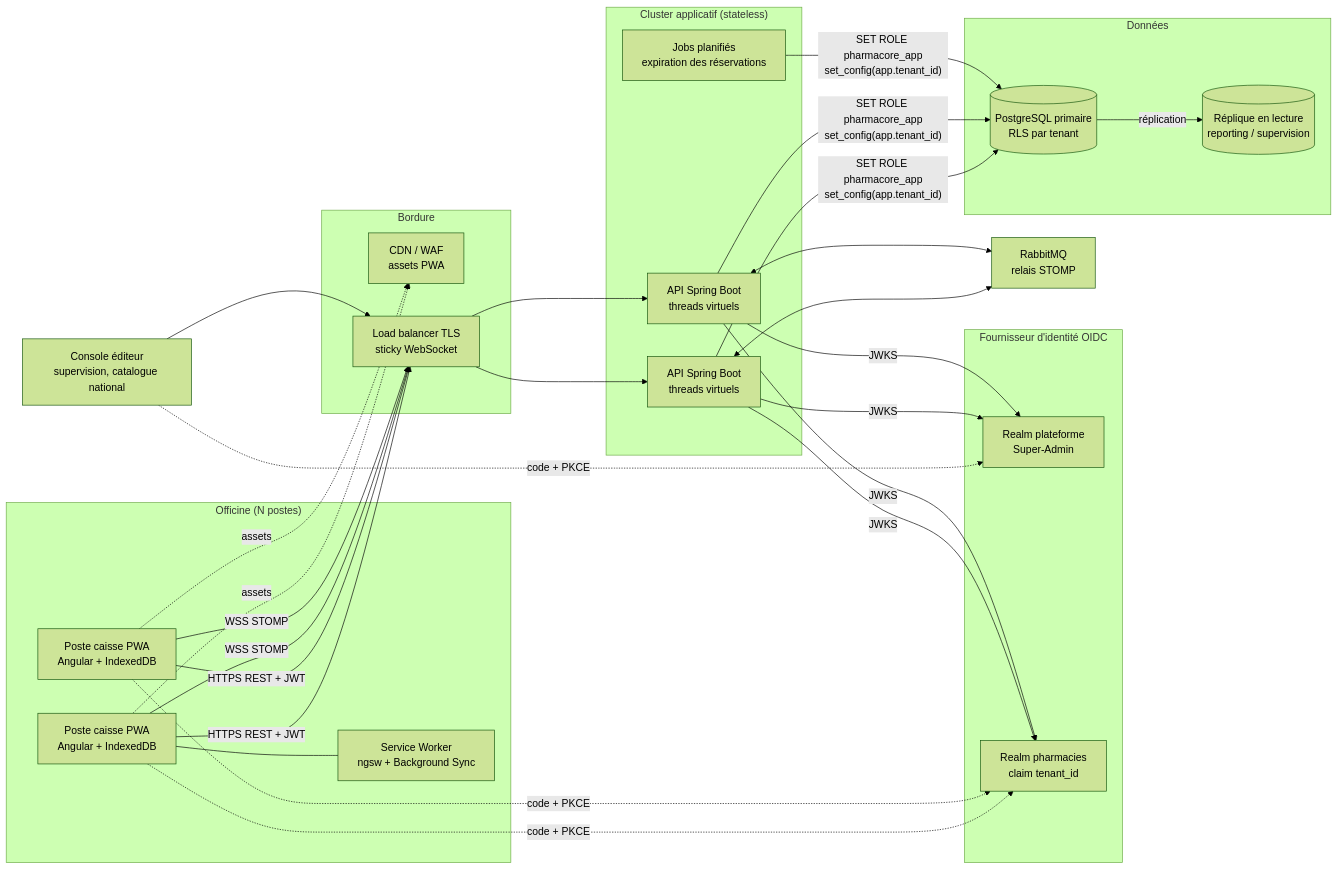
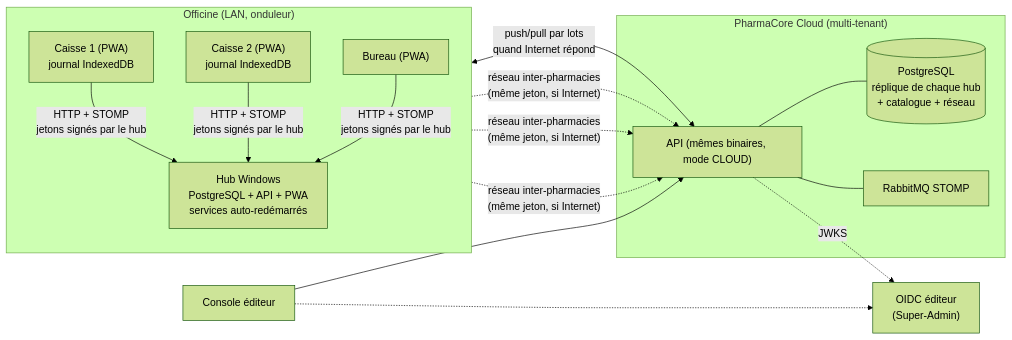
The first of 3 diagrams in docs/ARCHITECTURE.md (modantchiawa/pharma-core), drawn with Mermaid (forest theme) before and after one commit. The commit also changed other lines of this file and 155 other files, not shown here.

````diff
--- a/docs/ARCHITECTURE.md
+++ b/docs/ARCHITECTURE.md
@@ -18,46 +26,25 @@
 ```mermaid
 flowchart LR
-    subgraph Officine["Officine (N postes)"]
-        POS1["Poste caisse PWA<br/>Angular + IndexedDB"]
-        POS2["Poste caisse PWA<br/>Angular + IndexedDB"]
-        SW["Service Worker<br/>ngsw + Background Sync"]
-        POS1 --- SW
+    subgraph Officine["Officine (LAN, onduleur)"]
+        direction TB
+        HUB["Hub Windows<br/>PostgreSQL + API + PWA<br/>services auto-redémarrés"]
+        P1["Caisse 1 (PWA)<br/>journal IndexedDB"]
+        P2["Caisse 2 (PWA)<br/>journal IndexedDB"]
+        P3["Bureau (PWA)"]
+        P1 & P2 & P3 -->|"HTTP + STOMP<br/>jetons signés par le hub"| HUB
     end
-
-    subgraph Edge["Bordure"]
-        CDN["CDN / WAF<br/>assets PWA"]
-        LB["Load balancer TLS<br/>sticky WebSocket"]
+    subgraph Cloud["PharmaCore Cloud (multi-tenant)"]
+        API["API (mêmes binaires, mode CLOUD)"]
+        PG[("PostgreSQL<br/>réplique de chaque hub<br/>+ catalogue + réseau")]
+        MQ["RabbitMQ STOMP"]
+        API --- PG
+        API --- MQ
     end
-
-    subgraph IdP["Fournisseur d'identité OIDC"]
-        RP["Realm plateforme<br/>Super-Admin"]
-        RT["Realm pharmacies<br/>claim tenant_id"]
-    end
-
-    subgraph Cluster["Cluster applicatif (stateless)"]
-        API1["API Spring Boot<br/>threads virtuels"]
-        API2["API Spring Boot<br/>threads virtuels"]
-        JOB["Jobs planifiés<br/>expiration des réservations"]
-    end
-
-    MQ["RabbitMQ<br/>relais STOMP"]
-
-    subgraph Data["Données"]
-        PG[("PostgreSQL primaire<br/>RLS par tenant")]
-        PGR[("Réplique en lecture<br/>reporting / supervision")]
-    end
-
-    Console["Console éditeur<br/>supervision, catalogue national"]
-
-    POS1 & POS2 -->|HTTPS REST + JWT| LB
-    POS1 & POS2 -->|WSS STOMP| LB
-    POS1 & POS2 -. assets .-> CDN
-    POS1 & POS2 -. code + PKCE .-> RT
-    Console -. code + PKCE .-> RP
-    Console --> LB
-    LB --> API1 & API2
-    API1 & API2 -->|JWKS| RT & RP
-    API1 & API2 <--> MQ
-    API1 & API2 & JOB -->|"SET ROLE pharmacore_app<br/>set_config(app.tenant_id)"| PG
-    PG -->|réplication| PGR
+    IDP["OIDC éditeur<br/>(Super-Admin)"]
+    CONSOLE["Console éditeur"]
+    HUB <-->|"push/pull par lots<br/>quand Internet répond"| API
+    P1 & P2 & P3 -.->|"réseau inter-pharmacies<br/>(même jeton, si Internet)"| API
+    CONSOLE --> API
+    CONSOLE -.-> IDP
+    API -.->|JWKS| IDP
 ```
````
